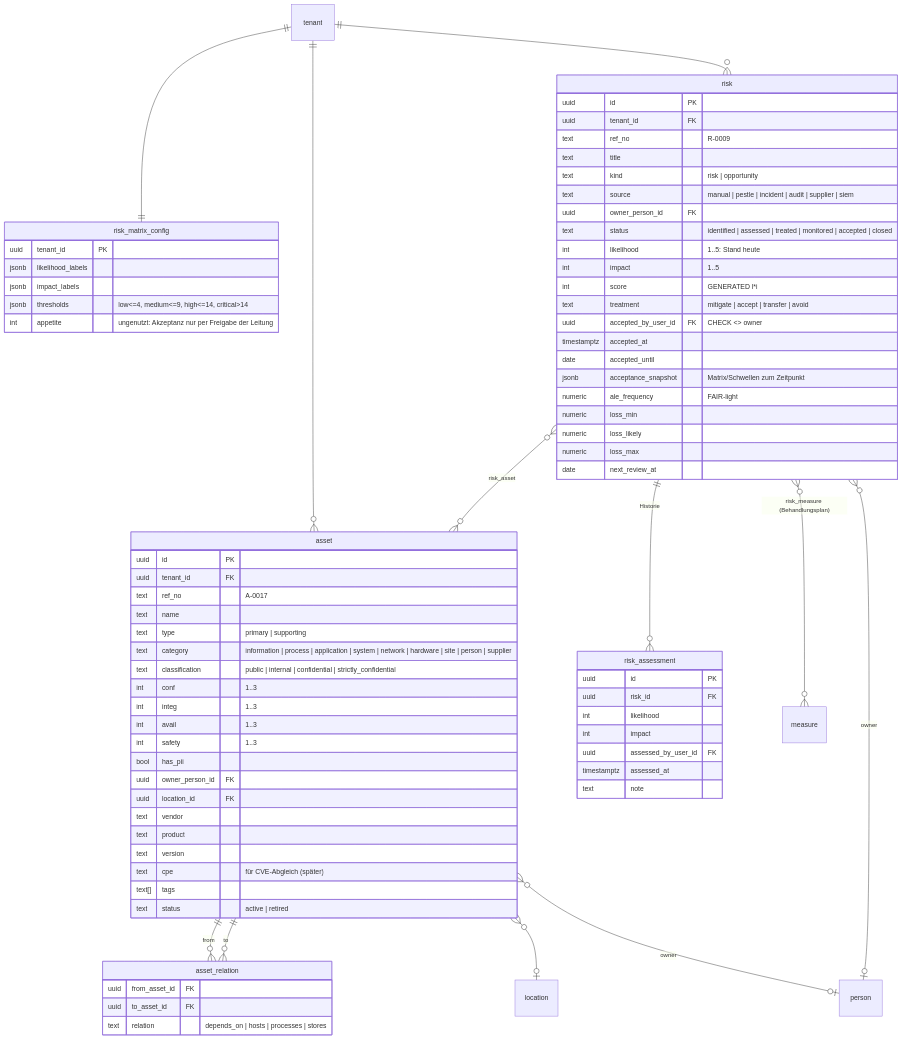
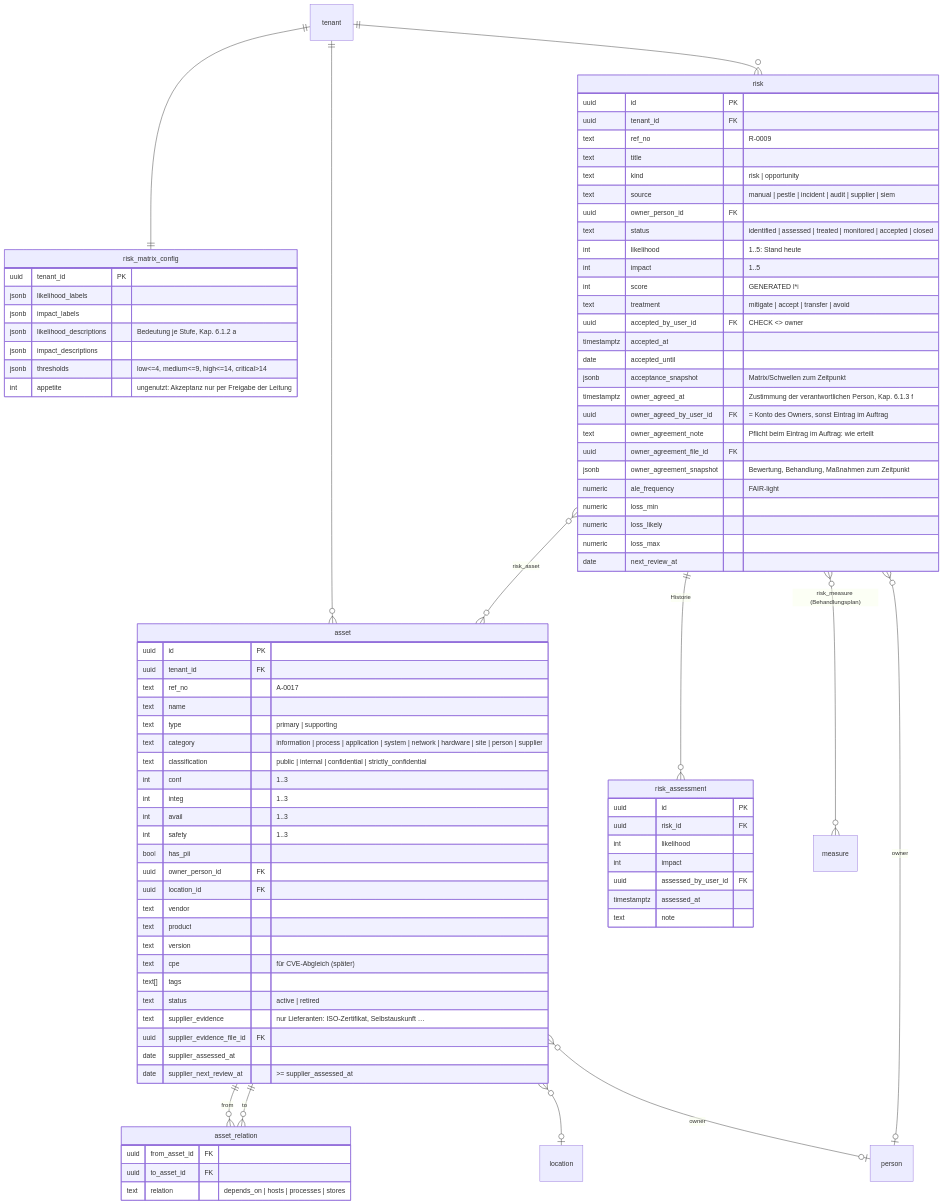
One commit to Kico-bot/ISMS_SaaS changed the fifth of 10 diagrams in docs/architecture/01-datenmodell.md. Above: the diagram before and after it, drawn with Mermaid. The commit also changed other lines of this file and 42 other files, not shown here.

First line of the commit message:
Update docs, README and screenshots for the risk owner's agreement

```diff
--- a/docs/architecture/01-datenmodell.md
+++ b/docs/architecture/01-datenmodell.md
@@ -417,6 +418,10 @@
     text cpe "für CVE-Abgleich (später)"
     text[] tags
     text status "active | retired"
+    text supplier_evidence "nur Lieferanten: ISO-Zertifikat, Selbstauskunft …"
+    uuid supplier_evidence_file_id FK
+    date supplier_assessed_at
+    date supplier_next_review_at ">= supplier_assessed_at"
   }
   asset_relation {
     uuid from_asset_id FK
@@ -427,6 +432,8 @@
     uuid tenant_id PK
     jsonb likelihood_labels
     jsonb impact_labels
+    jsonb likelihood_descriptions "Bedeutung je Stufe, Kap. 6.1.2 a"
+    jsonb impact_descriptions
     jsonb thresholds "low<=4, medium<=9, high<=14, critical>14"
     int appetite "ungenutzt: Akzeptanz nur per Freigabe der Leitung"
   }
@@ -447,6 +454,11 @@
     timestamptz accepted_at
     date accepted_until
     jsonb acceptance_snapshot "Matrix/Schwellen zum Zeitpunkt"
+    timestamptz owner_agreed_at "Zustimmung der verantwortlichen Person, Kap. 6.1.3 f"
+    uuid owner_agreed_by_user_id FK "= Konto des Owners, sonst Eintrag im Auftrag"
+    text owner_agreement_note "Pflicht beim Eintrag im Auftrag: wie erteilt"
+    uuid owner_agreement_file_id FK
+    jsonb owner_agreement_snapshot "Bewertung, Behandlung, Maßnahmen zum Zeitpunkt"
     numeric ale_frequency "FAIR-light"
     numeric loss_min
     numeric loss_likely
```
